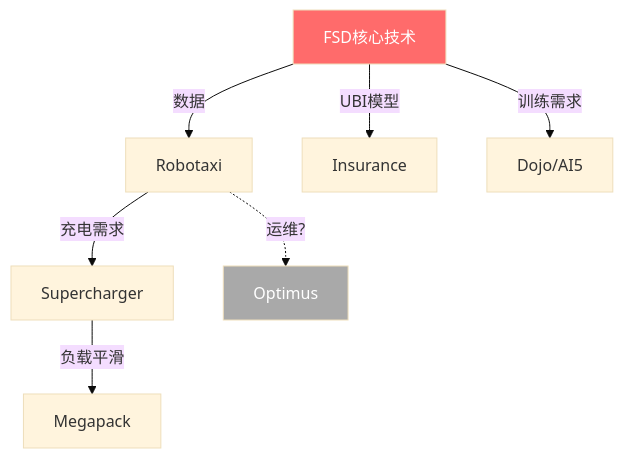
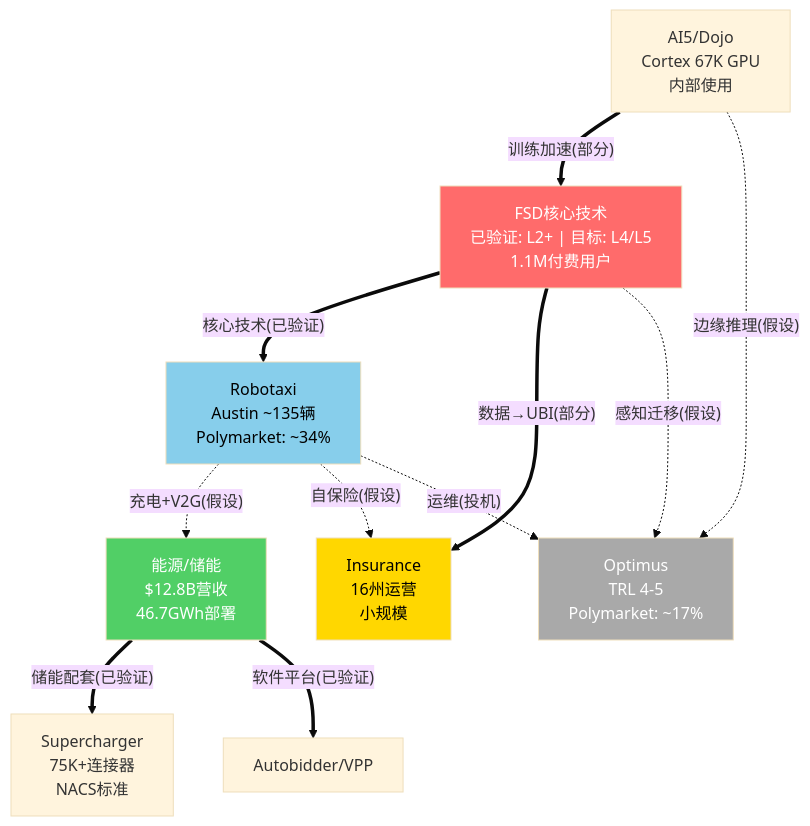
The eighth of 13 diagrams in reports/TSLA/staging/moduleD_market.md (miltonnewyork25-afk/investment-master), drawn with Mermaid (base theme) before and after one commit. The commit also changed other lines of this file and 6 other files, not shown here.

````diff
--- a/reports/TSLA/staging/moduleD_market.md
+++ b/reports/TSLA/staging/moduleD_market.md
@@ -122,11 +344,27 @@
 ```mermaid
 graph TB
-    FSD["FSD核心技术"] -->|数据| ROBO["Robotaxi"]
-    FSD -->|UBI模型| INS["Insurance"]
-    FSD -->|训练需求| AI5["Dojo/AI5"]
-    ROBO -->|充电需求| SC["Supercharger"]
-    ROBO -.->|运维?| OPT["Optimus"]
-    SC -->|负载平滑| EN["Megapack"]
+    FSD["FSD核心技术<br/>已验证: L2+ | 目标: L4/L5<br/>1.1M付费用户"]
+    ROBO["Robotaxi<br/>Austin ~135辆<br/>Polymarket: ~34%"]
+    OPT["Optimus<br/>TRL 4-5<br/>Polymarket: ~17%"]
+    ENE["能源/储能<br/>$12.8B营收<br/>46.7GWh部署"]
+    INS["Insurance<br/>16州运营<br/>小规模"]
+    AI5["AI5/Dojo<br/>Cortex 67K GPU<br/>内部使用"]
+    SC["Supercharger<br/>75K+连接器<br/>NACS标准"]
+
+    FSD ==>|"核心技术(已验证)"| ROBO
+    FSD ==>|"数据→UBI(部分)"| INS
+    FSD -.->|"感知迁移(假设)"| OPT
+    ROBO -.->|"充电+V2G(假设)"| ENE
+    ROBO -.->|"自保险(假设)"| INS
+    ROBO -.->|"运维(投机)"| OPT
+    ENE ==>|"储能配套(已验证)"| SC
+    ENE ==>|"软件平台(已验证)"| VPP["Autobidder/VPP"]
+    AI5 ==>|"训练加速(部分)"| FSD
+    AI5 -.->|"边缘推理(假设)"| OPT
+
     style FSD fill:#ff6b6b,color:#fff
+    style ENE fill:#51cf66,color:#fff
+    style ROBO fill:#87ceeb,color:#000
     style OPT fill:#a9a9a9,color:#fff
+    style INS fill:#ffd700,color:#000
 ```
````
